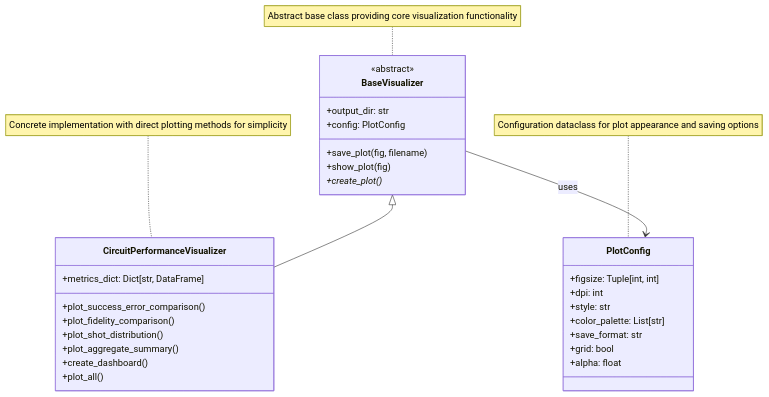
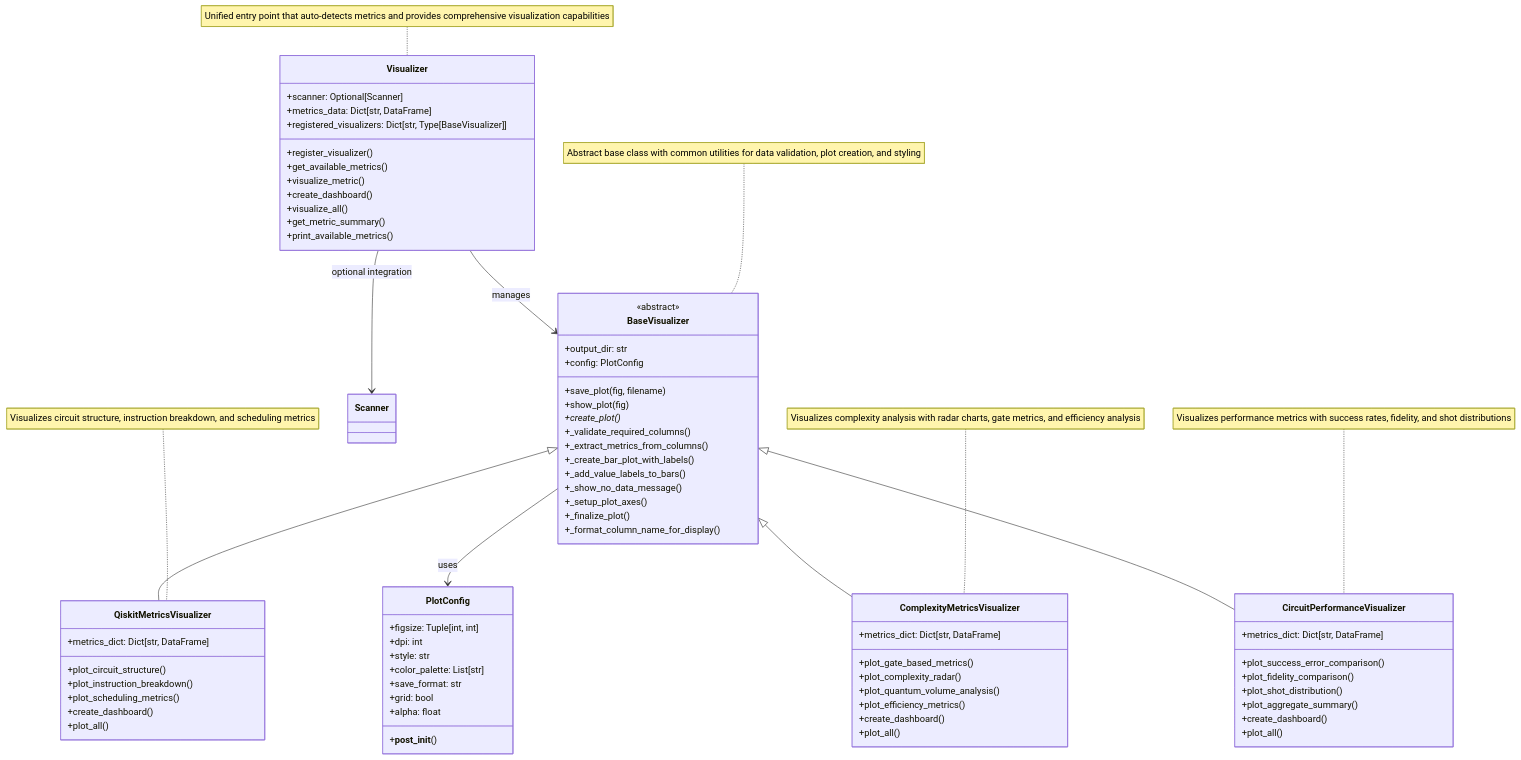
The fourth of 4 diagrams in docs/architecture.md (xthecapx/qiskit-qward), drawn with Mermaid before and after one commit. The commit also changed other lines of this file and 4 other files, not shown here.

````diff
--- a/docs/architecture.md
+++ b/docs/architecture.md
@@ -598,6 +602,14 @@
         +save_plot(fig, filename)
         +show_plot(fig)
         +create_plot()*
+        +_validate_required_columns()
+        +_extract_metrics_from_columns()
+        +_create_bar_plot_with_labels()
+        +_add_value_labels_to_bars()
+        +_show_no_data_message()
+        +_setup_plot_axes()
+        +_finalize_plot()
+        +_format_column_name_for_display()
     }
     
     class PlotConfig {
@@ -608,6 +620,26 @@
         +save_format: str
         +grid: bool
         +alpha: float
+        +__post_init__()
+    }
+    
+    class QiskitMetricsVisualizer {
+        +metrics_dict: Dict[str, DataFrame]
+        +plot_circuit_structure()
+        +plot_instruction_breakdown()
+        +plot_scheduling_metrics()
+        +create_dashboard()
+        +plot_all()
+    }
+    
+    class ComplexityMetricsVisualizer {
+        +metrics_dict: Dict[str, DataFrame]
+        +plot_gate_based_metrics()
+        +plot_complexity_radar()
+        +plot_quantum_volume_analysis()
+        +plot_efficiency_metrics()
+        +create_dashboard()
+        +plot_all()
     }
     
     class CircuitPerformanceVisualizer {
@@ -619,11 +651,30 @@
         +create_dashboard()
         +plot_all()
     }
+    
+    class Visualizer {
+        +scanner: Optional[Scanner]
+        +metrics_data: Dict[str, DataFrame]
+        +registered_visualizers: Dict[str, Type[BaseVisualizer]]
+        +register_visualizer()
+        +get_available_metrics()
+        +visualize_metric()
+        +create_dashboard()
+        +visualize_all()
+        +get_metric_summary()
+        +print_available_metrics()
+    }
 
+    BaseVisualizer <|-- QiskitMetricsVisualizer
+    BaseVisualizer <|-- ComplexityMetricsVisualizer
     BaseVisualizer <|-- CircuitPerformanceVisualizer
     BaseVisualizer --> PlotConfig : uses
+    Visualizer --> BaseVisualizer : manages
+    Visualizer --> Scanner : optional integration
     
-    note for BaseVisualizer "Abstract base class providing core visualization functionality"
-    note for CircuitPerformanceVisualizer "Concrete implementation with direct plotting methods for simplicity"
-    note for PlotConfig "Configuration dataclass for plot appearance and saving options"
+    note for BaseVisualizer "Abstract base class with common utilities for data validation, plot creation, and styling"
+    note for QiskitMetricsVisualizer "Visualizes circuit structure, instruction breakdown, and scheduling metrics"
+    note for ComplexityMetricsVisualizer "Visualizes complexity analysis with radar charts, gate metrics, and efficiency analysis"
+    note for CircuitPerformanceVisualizer "Visualizes performance metrics with success rates, fidelity, and shot distributions"
+    note for Visualizer "Unified entry point that auto-detects metrics and provides comprehensive visualization capabilities"
 ```
````
